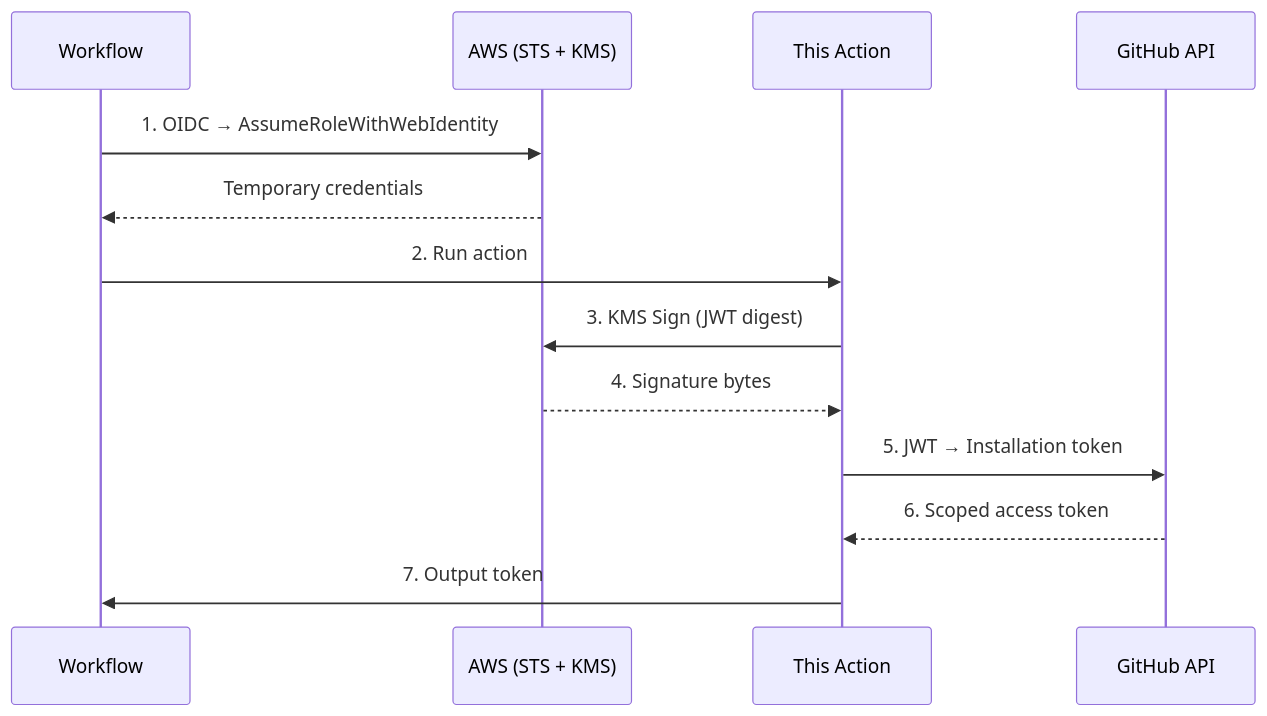
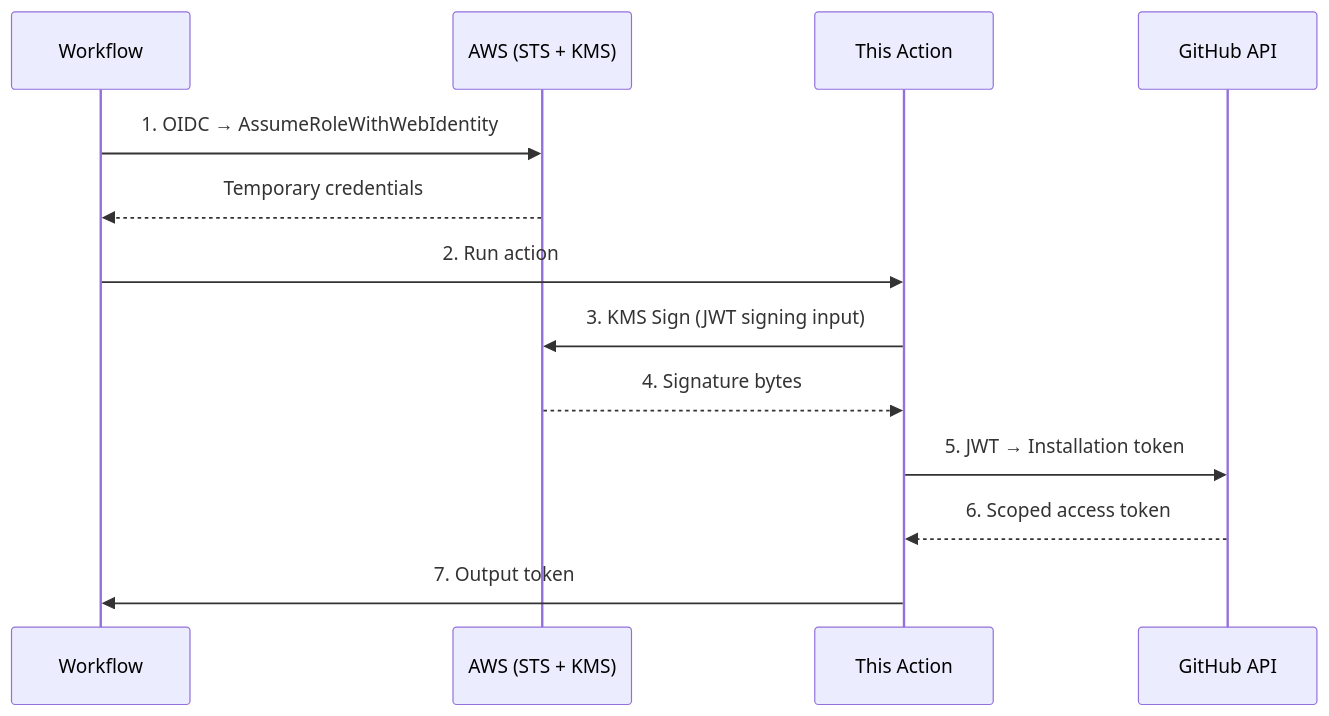
The diagram in README.md (konippi/create-github-app-token-aws-kms), drawn with Mermaid before and after one commit. The commit also changed other lines of this file and 8 other files, not shown here.

````diff
--- a/README.md
+++ b/README.md
@@ -18,16 +12,16 @@
 ```mermaid
 sequenceDiagram
     participant WF as Workflow
     participant AWS as AWS (STS + KMS)
     participant Action as This Action
     participant GH as GitHub API
 
     WF->>AWS: 1. OIDC → AssumeRoleWithWebIdentity
     AWS-->>WF: Temporary credentials
     WF->>Action: 2. Run action
-    Action->>AWS: 3. KMS Sign (JWT digest)
+    Action->>AWS: 3. KMS Sign (JWT signing input)
     AWS-->>Action: 4. Signature bytes
     Action->>GH: 5. JWT → Installation token
     GH-->>Action: 6. Scoped access token
     Action->>WF: 7. Output token
 ```
````
